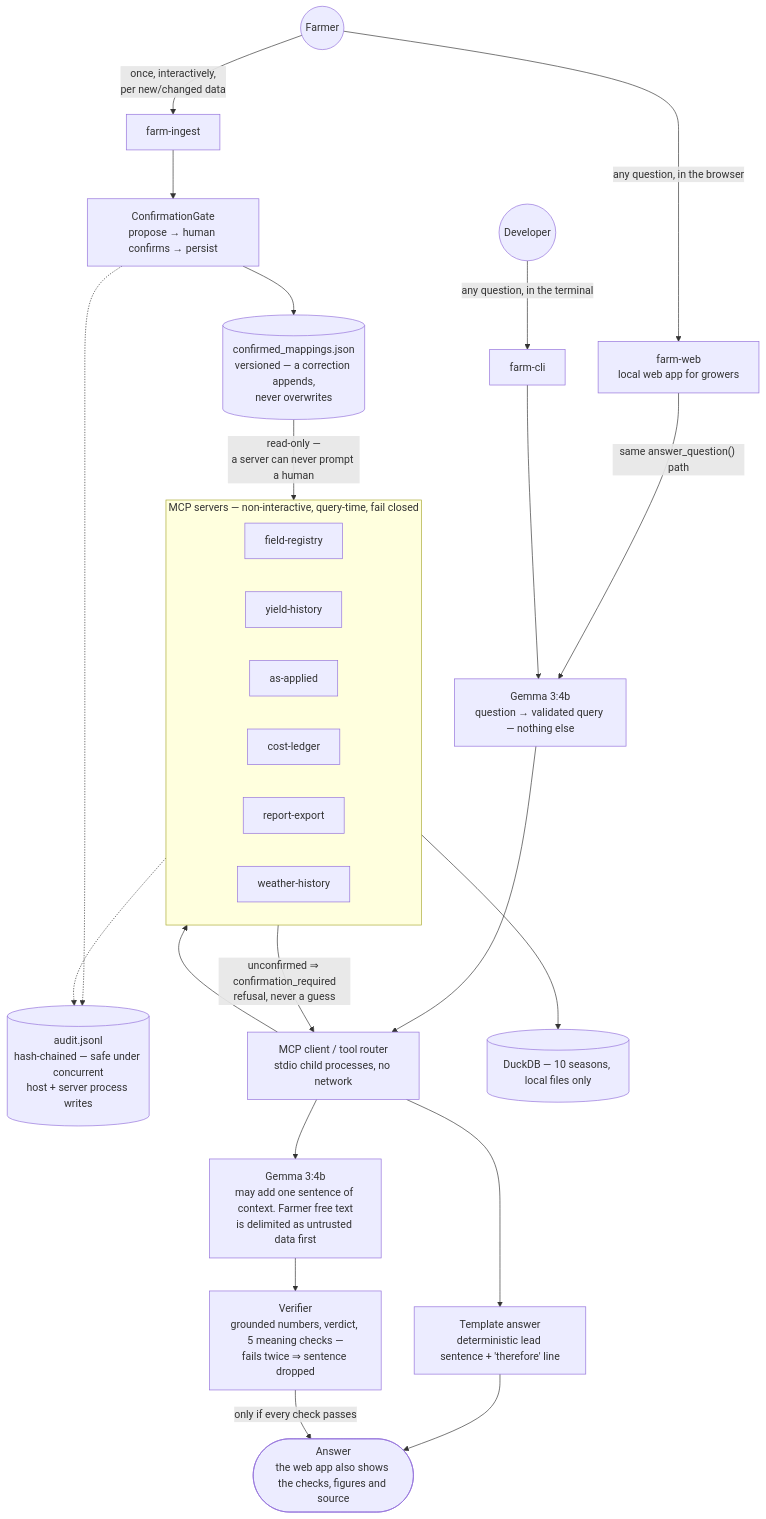
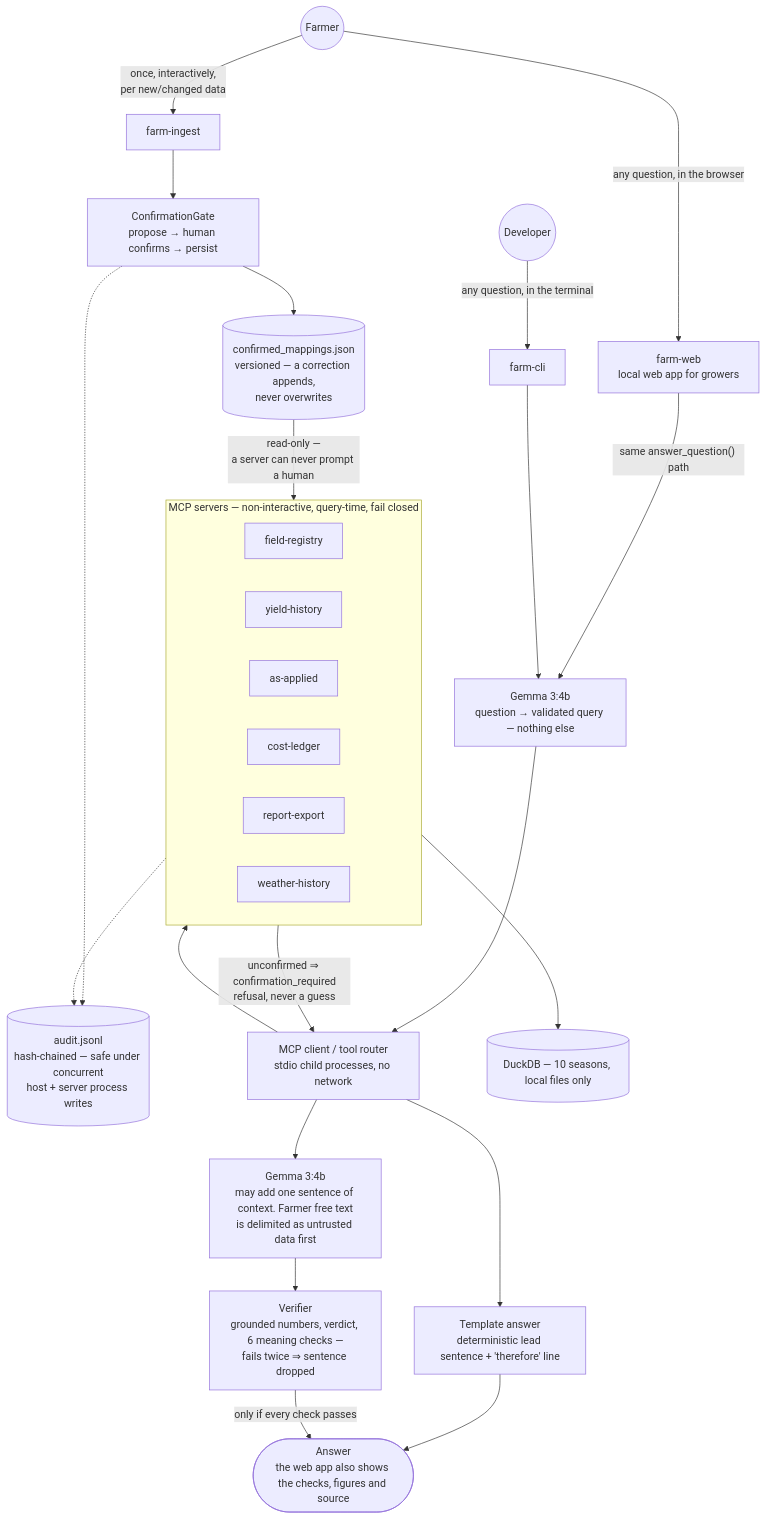
Before and after one commit to lynnlangit/precision-farm-mcp: the diagram in docs/ARCHITECTURE.md, drawn with Mermaid. The commit also changed other lines of this file and 27 other files, not shown here.

````diff
--- a/docs/ARCHITECTURE.md
+++ b/docs/ARCHITECTURE.md
@@ -6,37 +6,37 @@
 ```mermaid
 flowchart TD
     Farmer(("Farmer"))
 
     Farmer -->|"once, interactively,<br/>per new/changed data"| Ingest["farm-ingest"]
     Farmer -->|"any question, in the browser"| Web["farm-web<br/>local web app for growers"]
     Dev(("Developer")) -->|"any question, in the terminal"| CLI["farm-cli"]
 
     Ingest --> Gate["ConfirmationGate<br/>propose → human confirms → persist"]
     Gate --> Store[("confirmed_mappings.json<br/>versioned — a correction appends,<br/>never overwrites")]
     Gate -.-> Audit
 
     Web -->|"same answer_question() path"| Parser
     CLI --> Parser["Gemma 3:4b<br/>question → validated query — nothing else"]
     Parser --> Router["MCP client / tool router<br/>stdio child processes, no network"]
 
     subgraph Servers["MCP servers — non-interactive, query-time, fail closed"]
         FR["field-registry"]
         YH["yield-history"]
         AA["as-applied"]
         CL2["cost-ledger"]
         RE["report-export"]
         WH["weather-history"]
     end
 
     Router --> Servers
     Store -->|"read-only —<br/>a server can never prompt a human"| Servers
     Servers -->|"unconfirmed ⇒ confirmation_required<br/>refusal, never a guess"| Router
     Servers --> DB[("DuckDB — 10 seasons, local files only")]
     Servers -.-> Audit[("audit.jsonl<br/>hash-chained — safe under concurrent<br/>host + server process writes")]
 
     Router --> Template["Template answer<br/>deterministic lead sentence + 'therefore' line"]
     Router --> Narrator["Gemma 3:4b<br/>may add one sentence of context. Farmer free text<br/>is delimited as untrusted data first"]
-    Narrator --> Checks["Verifier<br/>grounded numbers, verdict, 5 meaning checks —<br/>fails twice ⇒ sentence dropped"]
+    Narrator --> Checks["Verifier<br/>grounded numbers, verdict, 6 meaning checks —<br/>fails twice ⇒ sentence dropped"]
     Template --> Answer(["Answer<br/>the web app also shows the checks, figures and source"])
     Checks -->|"only if every check passes"| Answer
 ```
````
